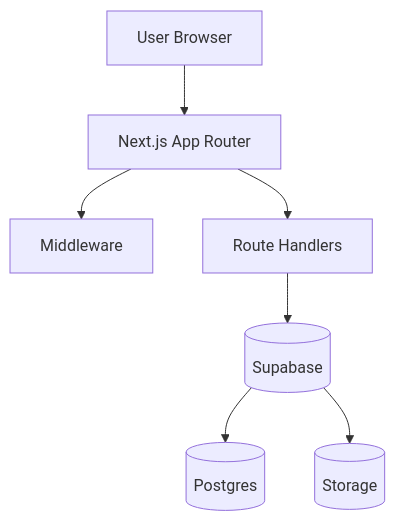
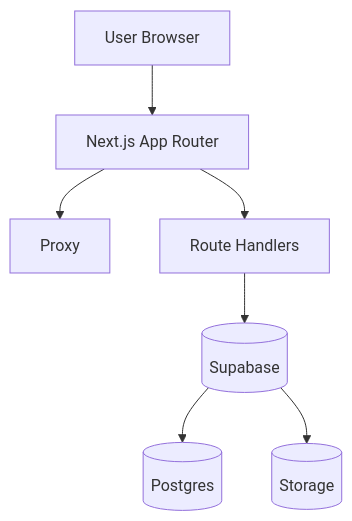
One commit to kalusartem/full-stack-portfolio changed the diagram in README.md. Above: the diagram before and after it, drawn with Mermaid. The commit also changed other lines of this file, not shown here.

````diff
--- a/README.md
+++ b/README.md
@@ -39,9 +39,9 @@
 ```mermaid
 flowchart TD
   U[User Browser] --> NX[Next.js App Router]
-  NX --> MW[Middleware]
+  NX --> MW[Proxy]
   NX --> API[Route Handlers]
   API --> SB[(Supabase)]
   SB --> DB[(Postgres)]
   SB --> ST[(Storage)]
 ```
````
